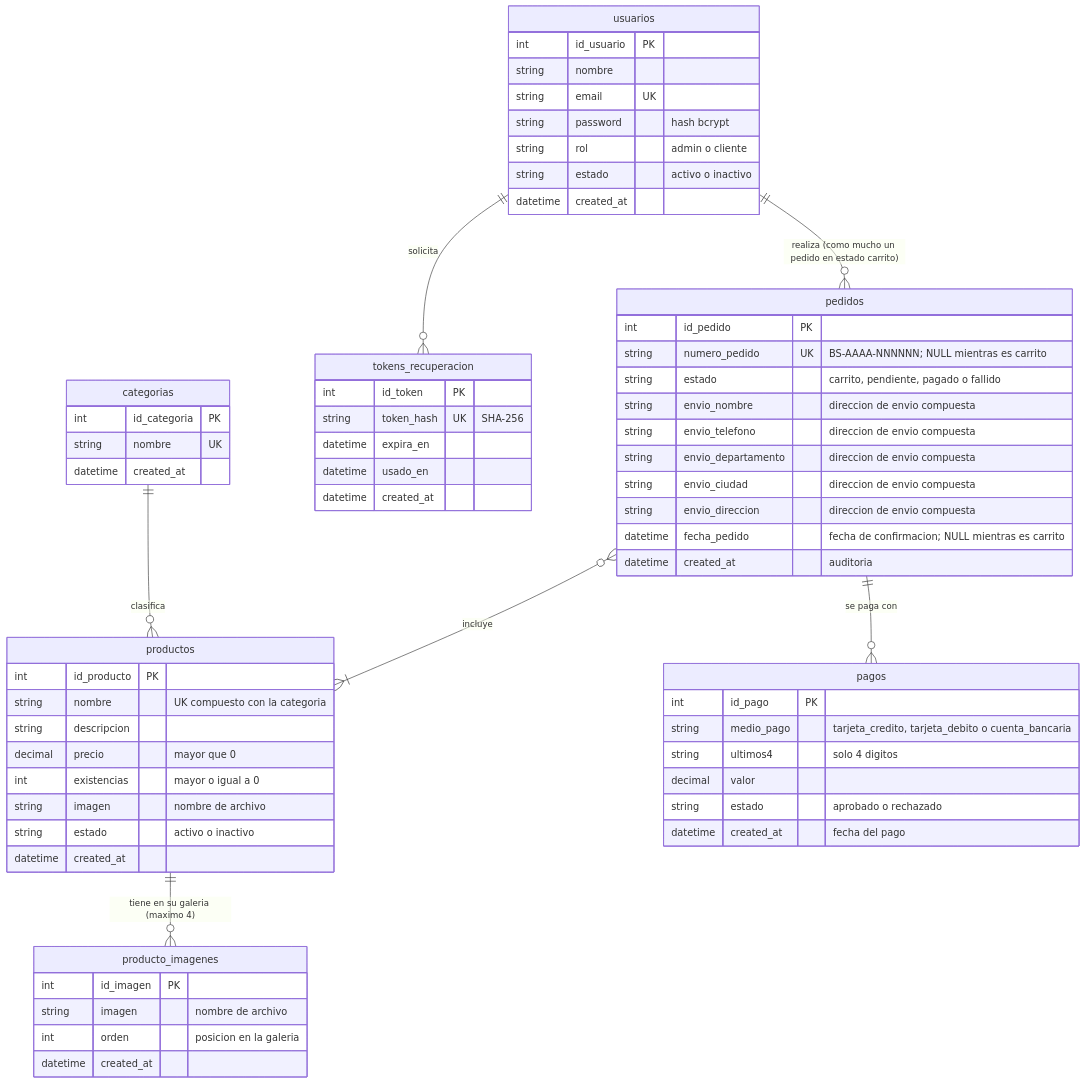
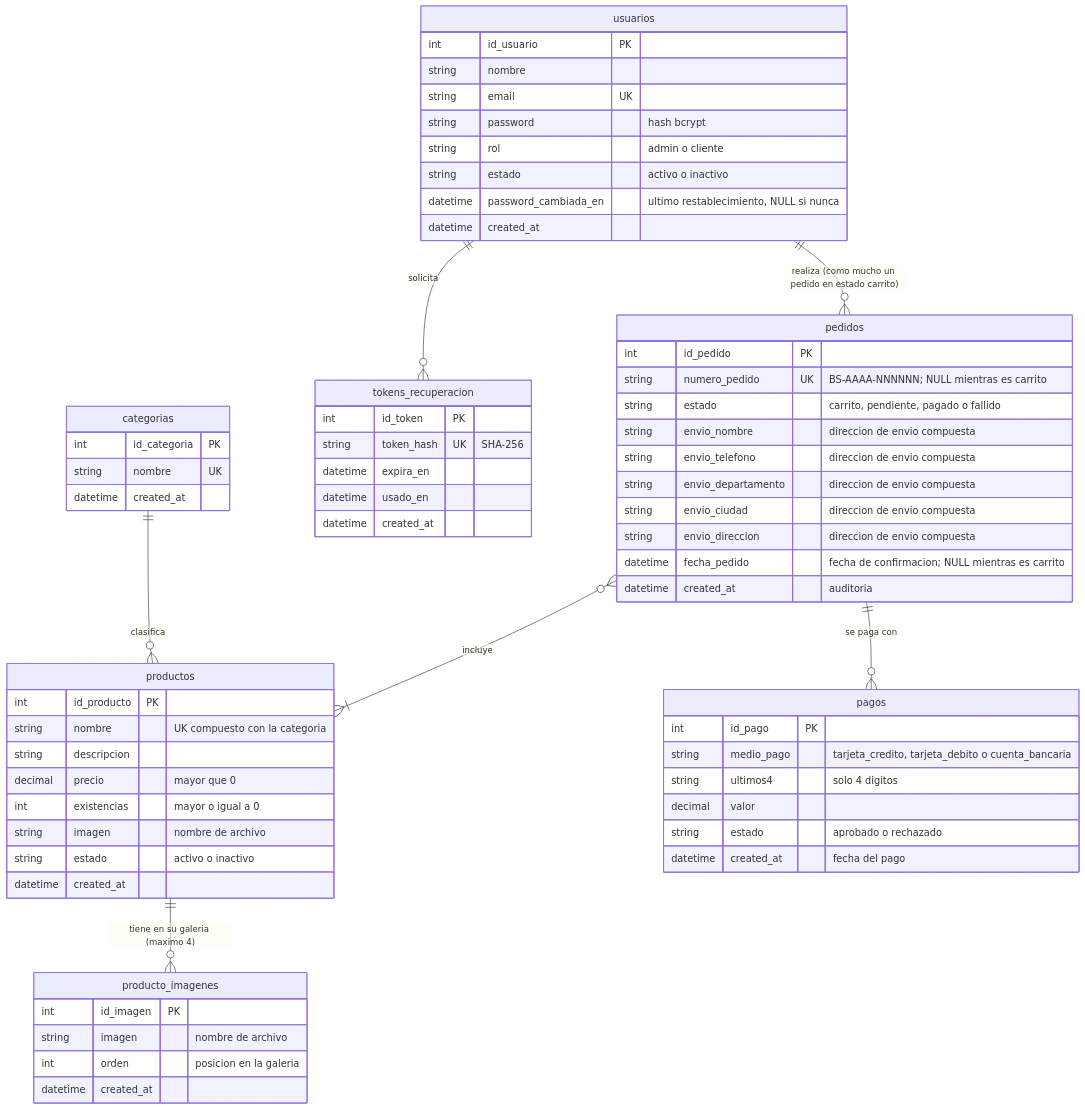
Before and after one commit to sxiks/BIKE-STORE_3400626_EQUIPO_2: the diagram in docs/diseno-tecnico/MODELO_DATOS.md, drawn with Mermaid. The commit also changed other lines of this file and 14 other files, not shown here.

````diff
--- a/docs/diseno-tecnico/MODELO_DATOS.md
+++ b/docs/diseno-tecnico/MODELO_DATOS.md
@@ -53,76 +53,77 @@
 ```mermaid
 erDiagram
     usuarios ||--o{ pedidos : "realiza (como mucho un pedido en estado carrito)"
     usuarios ||--o{ tokens_recuperacion : "solicita"
     categorias ||--o{ productos : "clasifica"
     productos ||--o{ producto_imagenes : "tiene en su galeria (maximo 4)"
     pedidos }o--|{ productos : "incluye"
     pedidos ||--o{ pagos : "se paga con"
 
     %% incluye -> atributos propios de la relacion: cantidad, precio_unitario (copia R3, se refresca al confirmar), created_at
     %%            sus filas son las lineas del carrito (estado carrito) y las del pedido confirmado
 
     usuarios {
         int id_usuario PK
         string nombre
         string email UK
         string password "hash bcrypt"
         string rol "admin o cliente"
         string estado "activo o inactivo"
+        datetime password_cambiada_en "ultimo restablecimiento, NULL si nunca"
         datetime created_at
     }
 
     categorias {
         int id_categoria PK
         string nombre UK
         datetime created_at
     }
 
     productos {
         int id_producto PK
         string nombre "UK compuesto con la categoria"
         string descripcion
         decimal precio "mayor que 0"
         int existencias "mayor o igual a 0"
         string imagen "nombre de archivo"
         string estado "activo o inactivo"
         datetime created_at
     }
 
     producto_imagenes {
         int id_imagen PK
         string imagen "nombre de archivo"
         int orden "posicion en la galeria"
         datetime created_at
     }
 
     pedidos {
         int id_pedido PK
         string numero_pedido UK "BS-AAAA-NNNNNN; NULL mientras es carrito"
         string estado "carrito, pendiente, pagado o fallido"
         string envio_nombre "direccion de envio compuesta"
         string envio_telefono "direccion de envio compuesta"
         string envio_departamento "direccion de envio compuesta"
         string envio_ciudad "direccion de envio compuesta"
         string envio_direccion "direccion de envio compuesta"
         datetime fecha_pedido "fecha de confirmacion; NULL mientras es carrito"
         datetime created_at "auditoria"
     }
 
     pagos {
         int id_pago PK
         string medio_pago "tarjeta_credito, tarjeta_debito o cuenta_bancaria"
         string ultimos4 "solo 4 digitos"
         decimal valor
         string estado "aprobado o rechazado"
         datetime created_at "fecha del pago"
     }
 
     tokens_recuperacion {
         int id_token PK
         string token_hash UK "SHA-256"
         datetime expira_en
         datetime usado_en
         datetime created_at
     }
 ```
````
